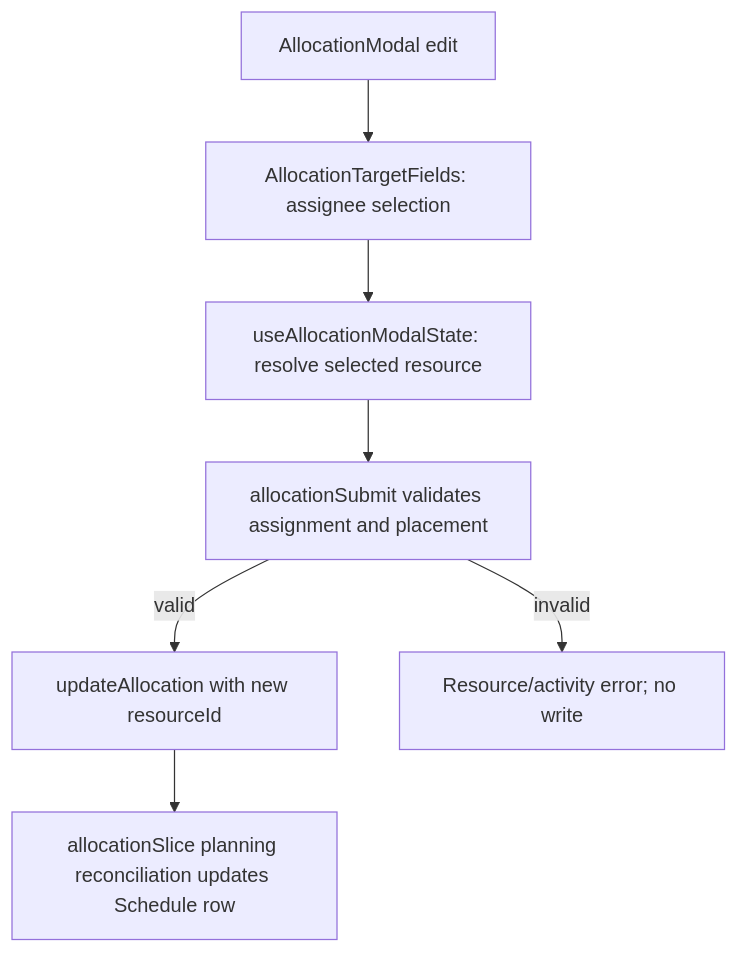
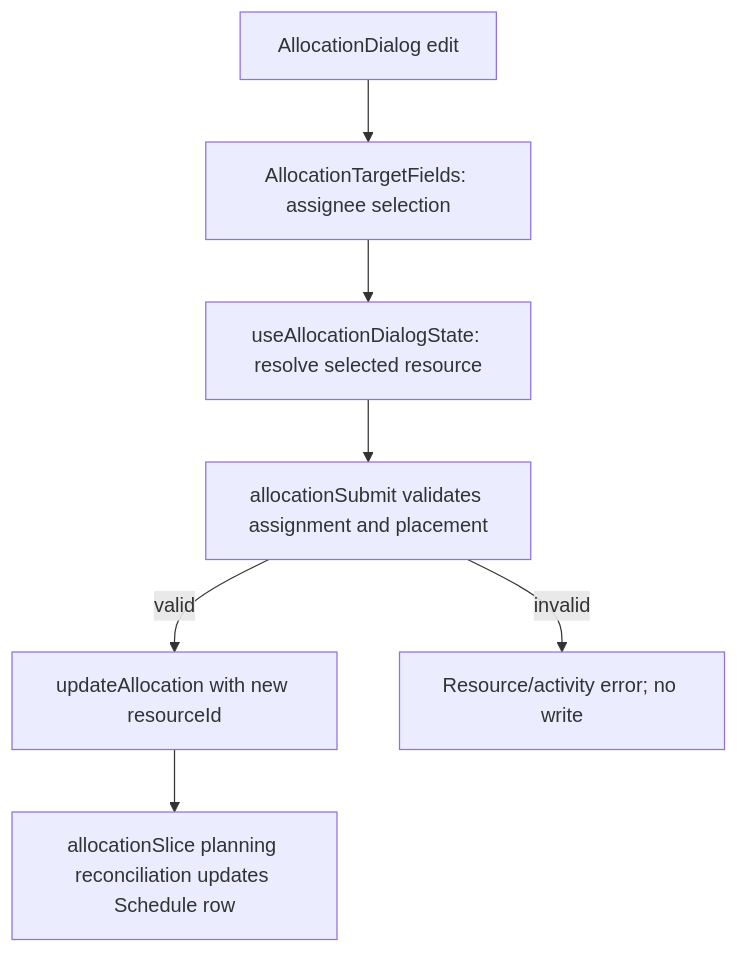
Before and after one commit to Kevinjohn/capacitylens: the second of 2 diagrams in user-stories/allocation/US-ALL-06-change-assignee.md, drawn with Mermaid. The commit also changed other lines of this file and 47 other files, not shown here.

First line of the commit message:
Allocation dialog: rename allocation modal files and types

````diff
--- a/user-stories/allocation/US-ALL-06-change-assignee.md
+++ b/user-stories/allocation/US-ALL-06-change-assignee.md
@@ -40,9 +40,9 @@
 ```mermaid
 flowchart TD
-  A["AllocationModal edit"] --> B["AllocationTargetFields: assignee selection"]
-  B --> C["useAllocationModalState: resolve selected resource"]
+  A["AllocationDialog edit"] --> B["AllocationTargetFields: assignee selection"]
+  B --> C["useAllocationDialogState: resolve selected resource"]
   C --> D["allocationSubmit validates assignment and placement"]
   D -->|valid| E["updateAllocation with new resourceId"]
   D -->|invalid| F["Resource/activity error; no write"]
   E --> G["allocationSlice planning reconciliation updates Schedule row"]
 ```
````
